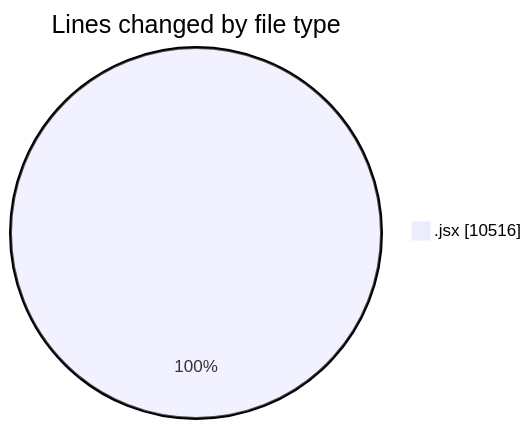
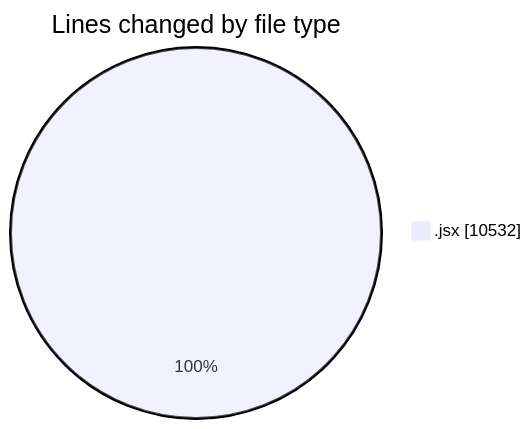
The first of 2 diagrams in 2025-05-26/nxtqube_webapp/README.md (nxtqubesakshisongat/code-tracking), drawn with Mermaid before and after one commit. The commit also changed other lines of this file and 1 other file, not shown here.

````diff
--- a/2025-05-26/nxtqube_webapp/README.md
+++ b/2025-05-26/nxtqube_webapp/README.md
@@ -22,5 +22,5 @@
 ```mermaid
 pie showData
 title Lines changed by file type
-".jsx" : 10516
+".jsx" : 10532
 ```
````
